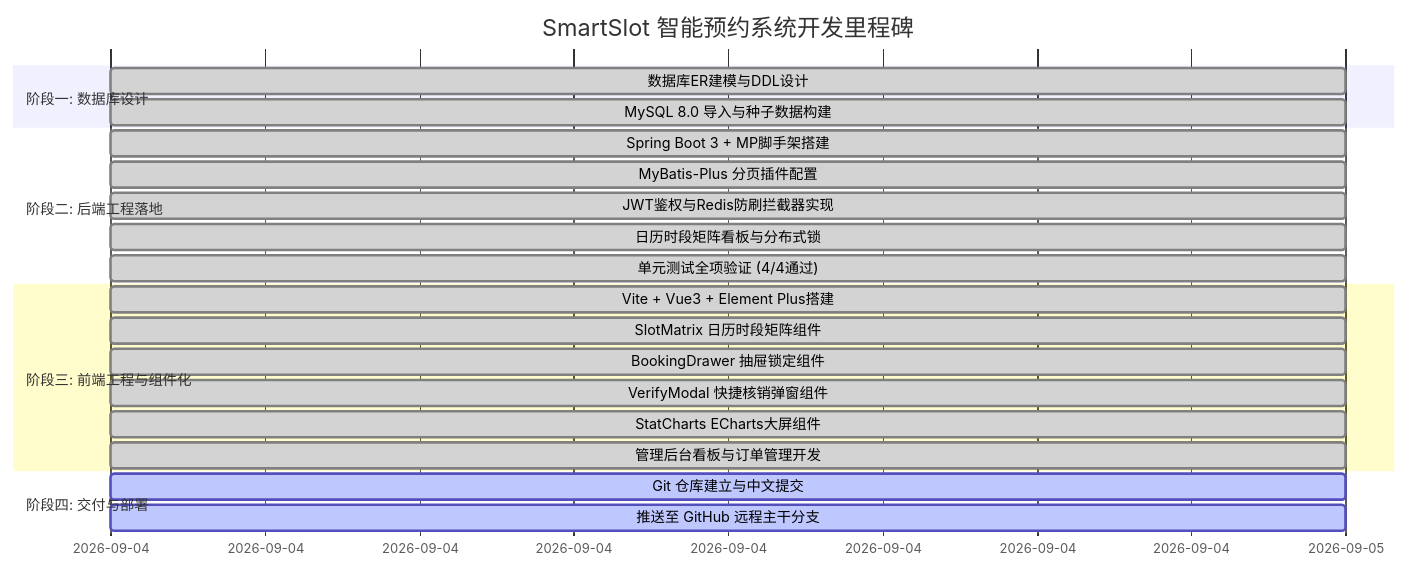
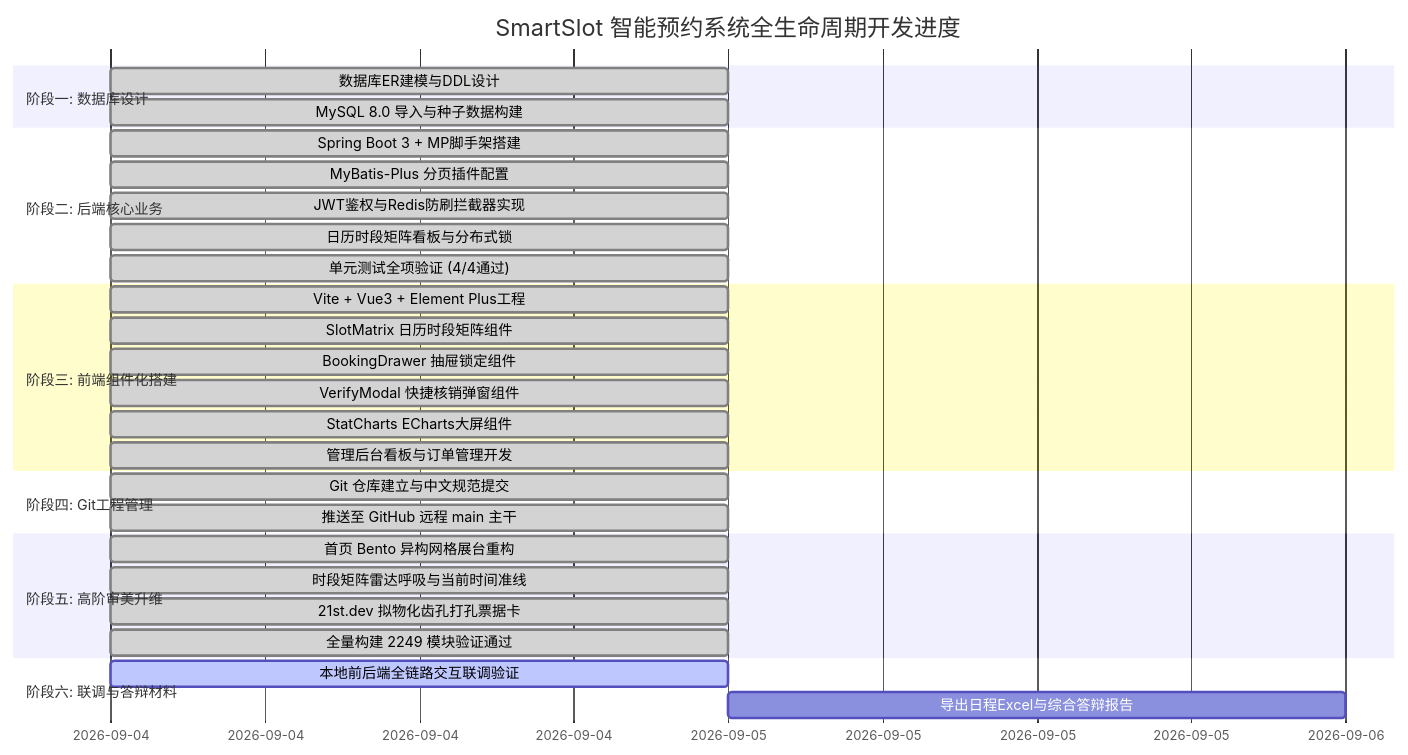
Before and after one commit to liuGuanYi-hub/SmartSlot: the diagram in docs/开发计划.md, drawn with Mermaid. The commit also changed other lines of this file, not shown here.

Commit message:
文档：实时更新项目开发计划与甘特图里程碑

````diff
--- a/docs/开发计划.md
+++ b/docs/开发计划.md
@@ -63,24 +65,32 @@
 ```mermaid
 gantt
-    title SmartSlot 智能预约系统开发里程碑
+    title SmartSlot 智能预约系统全生命周期开发进度
     dateFormat  YYYY-MM-DD
     section 阶段一: 数据库设计
-    数据库ER建模与DDL设计       :done, 2026-09-04, 1d
-    MySQL 8.0 导入与种子数据构建 :done, 2026-09-04, 1d
-    section 阶段二: 后端工程落地
-    Spring Boot 3 + MP脚手架搭建:done, 2026-09-04, 1d
-    MyBatis-Plus 分页插件配置    :done, 2026-09-04, 1d
-    JWT鉴权与Redis防刷拦截器实现:done, 2026-09-04, 1d
-    日历时段矩阵看板与分布式锁  :done, 2026-09-04, 1d
-    单元测试全项验证 (4/4通过)  :done, 2026-09-04, 1d
-    section 阶段三: 前端工程与组件化
-    Vite + Vue3 + Element Plus搭建:done, 2026-09-04, 1d
-    SlotMatrix 日历时段矩阵组件 :done, 2026-09-04, 1d
-    BookingDrawer 抽屉锁定组件  :done, 2026-09-04, 1d
-    VerifyModal 快捷核销弹窗组件:done, 2026-09-04, 1d
-    StatCharts ECharts大屏组件  :done, 2026-09-04, 1d
-    管理后台看板与订单管理开发  :done, 2026-09-04, 1d
-    section 阶段四: 交付与部署
-    Git 仓库建立与中文提交      :active, 2026-09-04, 1d
-    推送至 GitHub 远程主干分支  :active, 2026-09-04, 1d
+    数据库ER建模与DDL设计           :done, 2026-09-04, 1d
+    MySQL 8.0 导入与种子数据构建     :done, 2026-09-04, 1d
+    section 阶段二: 后端核心业务
+    Spring Boot 3 + MP脚手架搭建    :done, 2026-09-04, 1d
+    MyBatis-Plus 分页插件配置        :done, 2026-09-04, 1d
+    JWT鉴权与Redis防刷拦截器实现    :done, 2026-09-04, 1d
+    日历时段矩阵看板与分布式锁      :done, 2026-09-04, 1d
+    单元测试全项验证 (4/4通过)      :done, 2026-09-04, 1d
+    section 阶段三: 前端组件化搭建
+    Vite + Vue3 + Element Plus工程  :done, 2026-09-04, 1d
+    SlotMatrix 日历时段矩阵组件     :done, 2026-09-04, 1d
+    BookingDrawer 抽屉锁定组件      :done, 2026-09-04, 1d
+    VerifyModal 快捷核销弹窗组件    :done, 2026-09-04, 1d
+    StatCharts ECharts大屏组件      :done, 2026-09-04, 1d
+    管理后台看板与订单管理开发      :done, 2026-09-04, 1d
+    section 阶段四: Git工程管理
+    Git 仓库建立与中文规范提交      :done, 2026-09-04, 1d
+    推送至 GitHub 远程 main 主干    :done, 2026-09-04, 1d
+    section 阶段五: 高阶审美升维
+    首页 Bento 异构网格展台重构     :done, 2026-09-04, 1d
+    时段矩阵雷达呼吸与当前时间准线  :done, 2026-09-04, 1d
+    21st.dev 拟物化齿孔打孔票据卡   :done, 2026-09-04, 1d
+    全量构建 2249 模块验证通过      :done, 2026-09-04, 1d
+    section 阶段六: 联调与答辩材料
+    本地前后端全链路交互联调验证    :active, 2026-09-04, 1d
+    导出日程Excel与综合答辩报告     :2026-09-05, 1d
 ```
````
